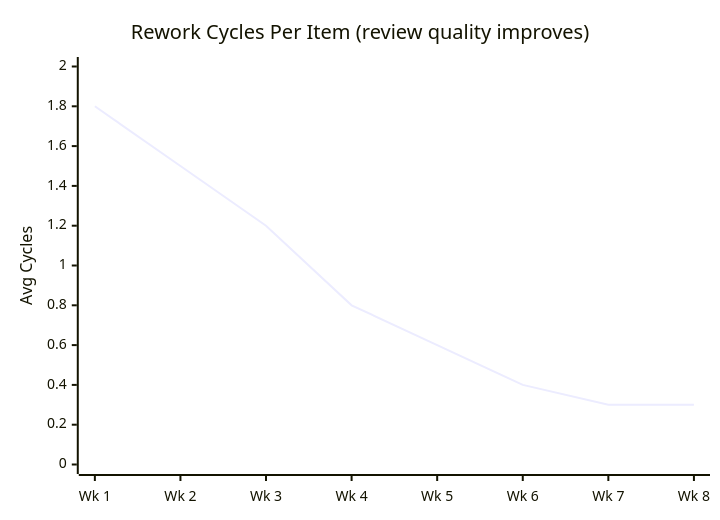
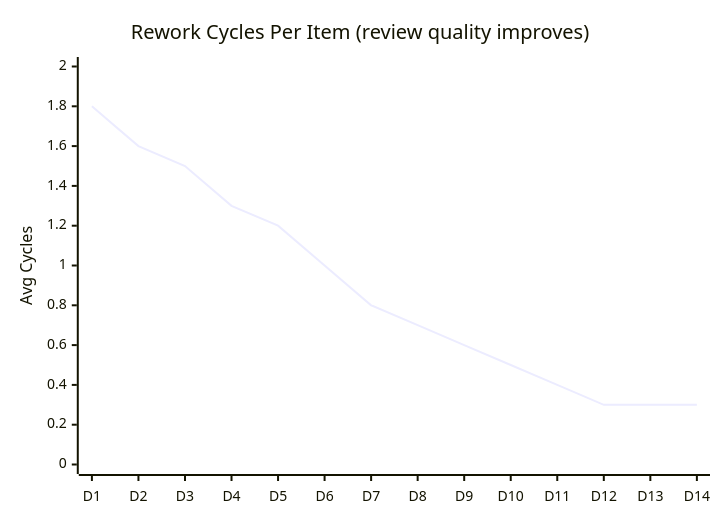
One commit to rdunie/venutian-antfarm changed diagram 13 of 15 in docs/METRICS-GUIDE.md. Above: the diagram before and after it, drawn with Mermaid. The commit also changed other lines of this file, not shown here.

````diff
--- a/docs/METRICS-GUIDE.md
+++ b/docs/METRICS-GUIDE.md
@@ -454,7 +454,7 @@
 ```mermaid
 xychart-beta
     title "Rework Cycles Per Item (review quality improves)"
-    x-axis ["Wk 1", "Wk 2", "Wk 3", "Wk 4", "Wk 5", "Wk 6", "Wk 7", "Wk 8"]
+    x-axis ["D1", "D2", "D3", "D4", "D5", "D6", "D7", "D8", "D9", "D10", "D11", "D12", "D13", "D14"]
     y-axis "Avg Cycles" 0 --> 2
-    line [1.8, 1.5, 1.2, 0.8, 0.6, 0.4, 0.3, 0.3]
+    line [1.8, 1.6, 1.5, 1.3, 1.2, 1.0, 0.8, 0.7, 0.6, 0.5, 0.4, 0.3, 0.3, 0.3]
 ```
````
